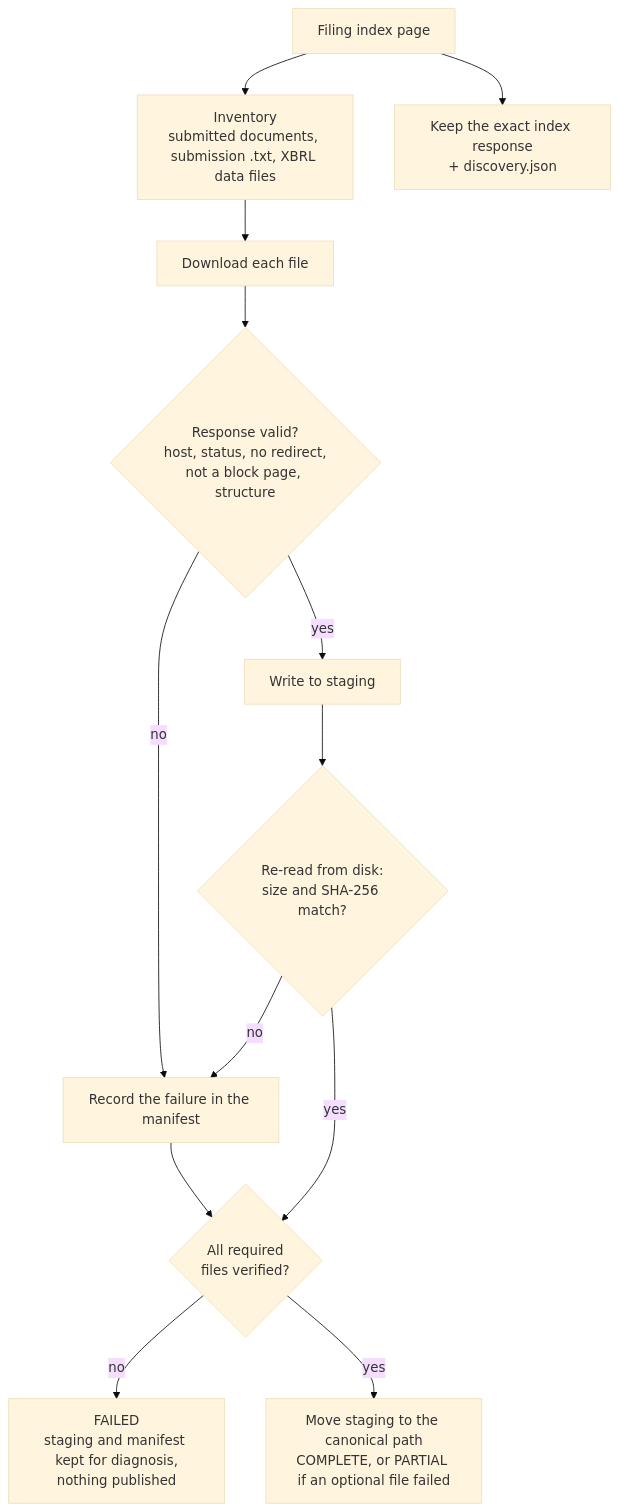
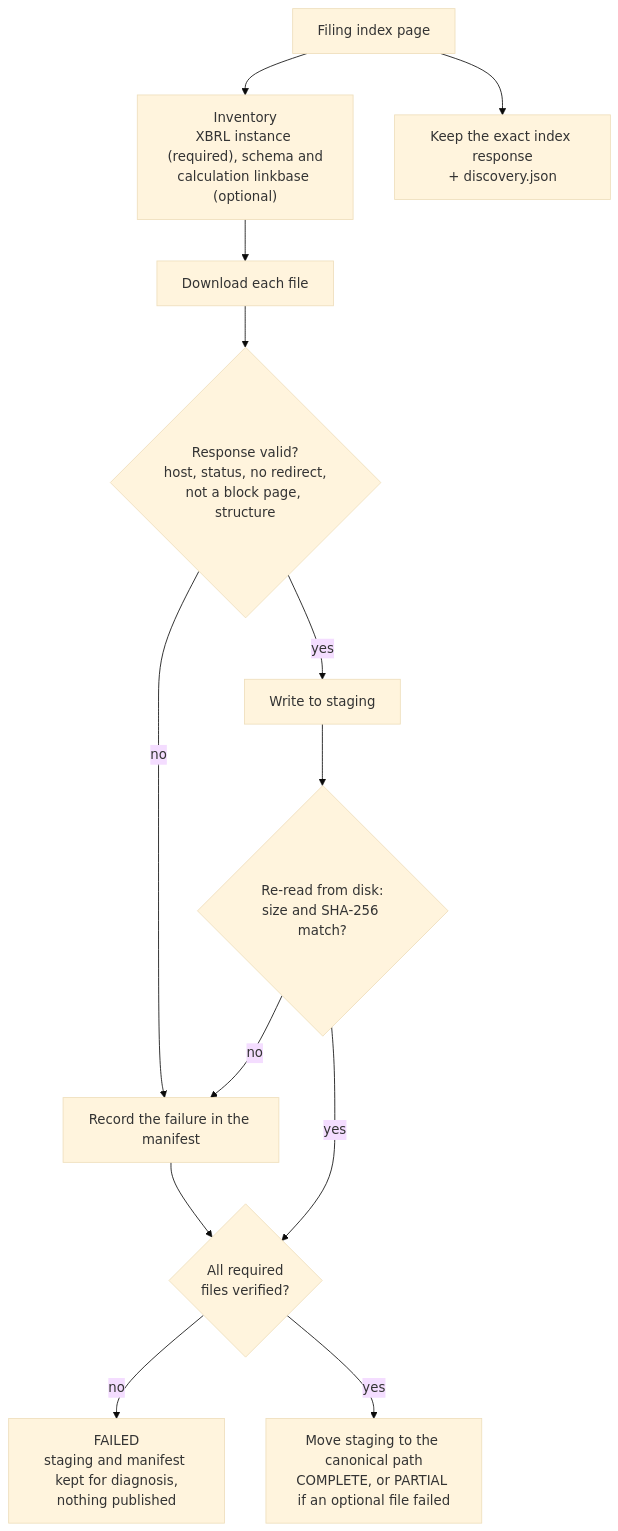
One commit to dhirajkk91/sec-edgar-financial-data-lakehouse changed the first of 2 diagrams in docs/architectures/bronze-ingestion.md. Above: the diagram before and after it, drawn with Mermaid (base theme). The commit also changed other lines of this file and 111 other files, not shown here.

````diff
--- a/docs/architectures/bronze-ingestion.md
+++ b/docs/architectures/bronze-ingestion.md
@@ -30,15 +31,15 @@
 ```mermaid
 flowchart TD
-    A["Filing index page"] --> B["Inventory<br/>submitted documents, submission .txt, XBRL data files"]
+    A["Filing index page"] --> B["Inventory<br/>XBRL instance (required), schema and<br/>calculation linkbase (optional)"]
     A --> E["Keep the exact index response<br/>+ discovery.json"]
     B --> C["Download each file"]
     C --> D{"Response valid?<br/>host, status, no redirect,<br/>not a block page, structure"}
     D -- no --> F["Record the failure in the manifest"]
     D -- yes --> G["Write to staging"]
     G --> H{"Re-read from disk:<br/>size and SHA-256 match?"}
     H -- no --> F
     H -- yes --> I{"All required<br/>files verified?"}
     F --> I
     I -- no --> J["FAILED<br/>staging and manifest kept for diagnosis,<br/>nothing published"]
     I -- yes --> K["Move staging to the canonical path<br/>COMPLETE, or PARTIAL if an optional file failed"]
 ```
````
